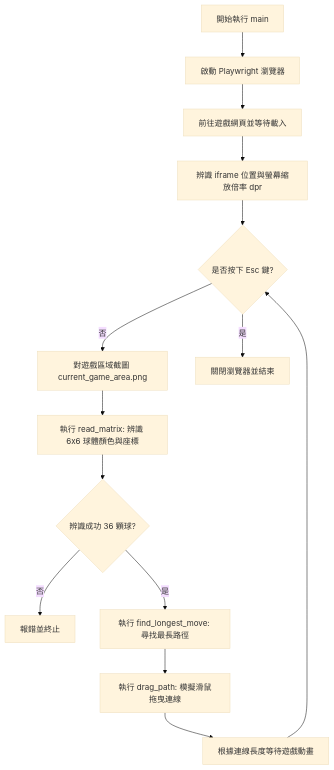
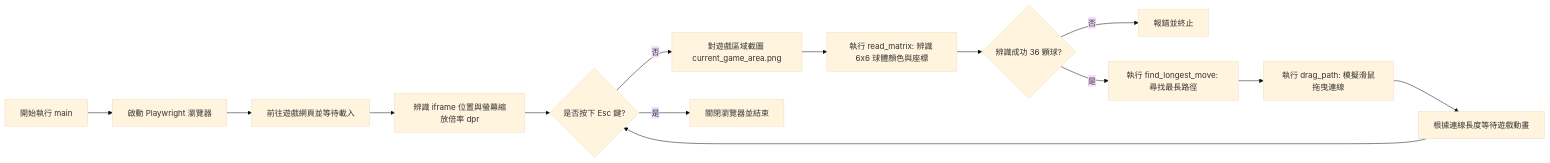
One commit to Yoyo-ace1110/Collect-Em-All changed the first of 2 diagrams in 流程圖.md. Above: the diagram before and after it, drawn with Mermaid (base theme). The commit also changed other lines of this file, not shown here.

Commit message:
Update flowchart direction in 流程圖.md
Change flowchart direction from TD to LR for better readability.

````diff
--- a/流程圖.md
+++ b/流程圖.md
@@ -6,16 +6,16 @@
 ```mermaid
-graph TD
+graph LR
     A[開始執行 main] --> B[啟動 Playwright 瀏覽器]
     B --> C[前往遊戲網頁並等待載入]
     C --> D[辨識 iframe 位置與螢幕縮放倍率 dpr]
     D --> E{是否按下 Esc 鍵?}
     E -- 否 --> F[對遊戲區域截圖 current_game_area.png]
     F --> G[執行 read_matrix: 辨識 6x6 球體顏色與座標]
     G --> H{辨識成功 36 顆球?}
     H -- 否 --> I[報錯並終止]
     H -- 是 --> J[執行 find_longest_move: 尋找最長路徑]
     J --> K[執行 drag_path: 模擬滑鼠拖曳連線]
     K --> L[根據連線長度等待遊戲動畫]
     L --> E
     E -- 是 --> M[關閉瀏覽器並結束]
 ```
````
